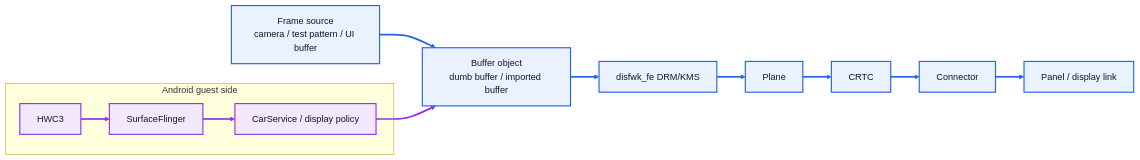
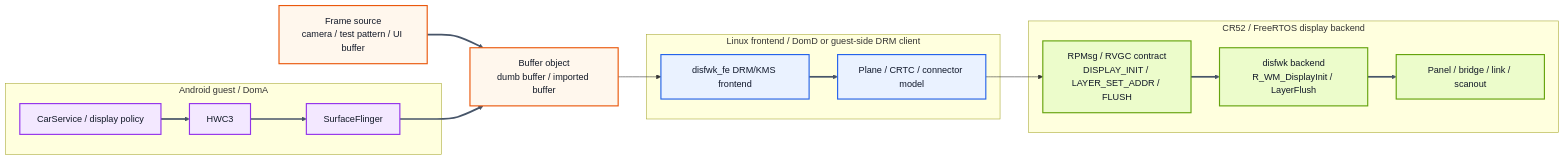
Before and after one commit to jaeha-lee90/jaeha-lee90.github.io: the diagram in assets/mermaid/r-company/x5h-day59-diagram-01.mmd, drawn with Mermaid. The commit also changed 8 other files, not shown here.

Commit message:
Refine X5H Day59 display ownership and debug flow

```diff
--- a/assets/mermaid/r-company/x5h-day59-diagram-01.mmd
+++ b/assets/mermaid/r-company/x5h-day59-diagram-01.mmd
@@ -1,15 +1,28 @@
 flowchart LR
-    SRC["Frame source\ncamera / test pattern / UI buffer"] --> BUF["Buffer object\ndumb buffer / imported buffer"] --> DRM["disfwk_fe DRM/KMS"] --> PL["Plane"] --> CRTC["CRTC"] --> CONN["Connector"] --> PANEL["Panel / display link"]
+    SRC["Frame source\ncamera / test pattern / UI buffer"] --> BUF["Buffer object\ndumb buffer / imported buffer"]
 
-    subgraph ANDROID["Android guest side"]
-        HWC["HWC3"] --> SF["SurfaceFlinger"] --> POLICY["CarService / display policy"]
+    subgraph ANDROID["Android guest / DomA"]
+        POLICY["CarService / display policy"] --> HWC["HWC3"] --> SF["SurfaceFlinger"]
     end
 
-    POLICY --> BUF
+    subgraph LINUX["Linux frontend / DomD or guest-side DRM client"]
+        DRM["disfwk_fe DRM/KMS frontend"] --> PL["Plane / CRTC / connector model"]
+    end
 
-    classDef pipe fill:#EAF2FF,stroke:#2563EB,stroke-width:2px,color:#0F172A;
+    subgraph RT["CR52 / FreeRTOS display backend"]
+        RVGC["RPMsg / RVGC contract\nDISPLAY_INIT / LAYER_SET_ADDR / FLUSH"] --> DISFWK["disfwk backend\nR_WM_DisplayInit / LayerFlush"] --> PANEL["Panel / bridge / link / scanout"]
+    end
+
+    SF --> BUF
+    BUF --> DRM
+    PL --> RVGC
+
+    classDef src fill:#FFF7ED,stroke:#EA580C,stroke-width:2px,color:#111827;
     classDef and fill:#F3E8FF,stroke:#9333EA,stroke-width:2px,color:#111827;
-    class SRC,BUF,DRM,PL,CRTC,CONN,PANEL pipe;
-    class HWC,SF,POLICY and;
-    linkStyle 0,1,2,3,4,5 stroke:#2563EB,stroke-width:3px;
-    linkStyle 6,7,8 stroke:#9333EA,stroke-width:3px;
+    classDef lnx fill:#EAF2FF,stroke:#2563EB,stroke-width:2px,color:#0F172A;
+    classDef rt fill:#ECFCCB,stroke:#65A30D,stroke-width:2px,color:#111827;
+    class SRC,BUF src;
+    class POLICY,HWC,SF and;
+    class DRM,PL lnx;
+    class RVGC,DISFWK,PANEL rt;
+    linkStyle 0,1,2,3,4,5,6 stroke:#475569,stroke-width:3px;
```
